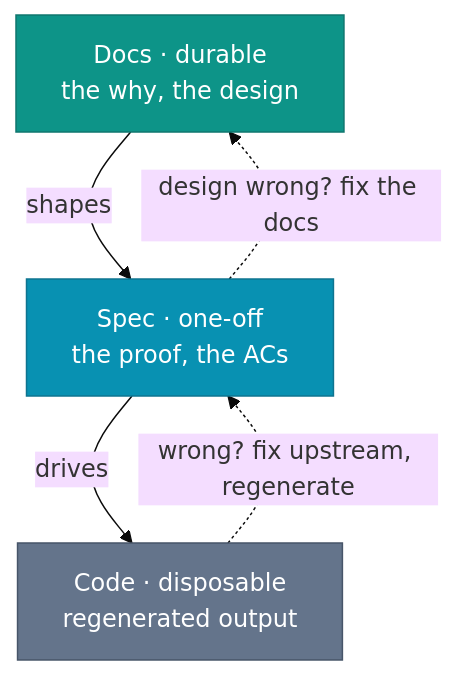
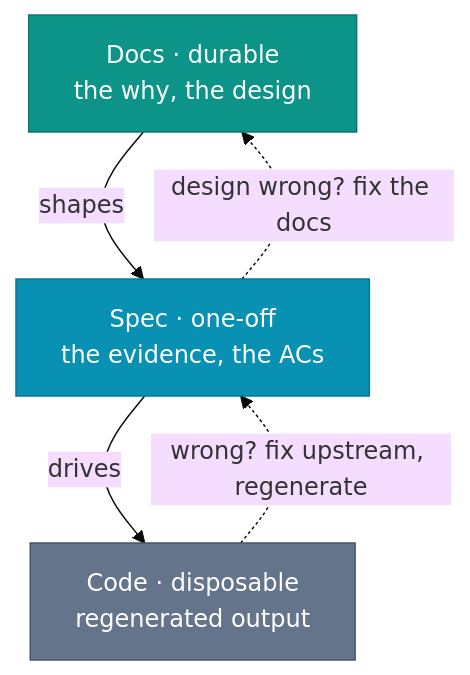
The diagram in content/spec-driven/docs-gt-specs-gt-code.md (ase-book/ase-book), drawn with Mermaid (base theme) before and after one commit. The commit also changed other lines of this file and 49 other files, not shown here.

Commit message:
Replace proof terminology with evidence

````diff
--- a/content/spec-driven/docs-gt-specs-gt-code.md
+++ b/content/spec-driven/docs-gt-specs-gt-code.md
@@ -25,14 +25,14 @@
 ```mermaid
 graph TD
     classDef durable fill: #0d9488, stroke: #0f766e, color: #fff
     classDef oneoff fill: #0891b2, stroke: #0e7490, color: #fff
     classDef output fill: #64748b, stroke: #475569, color: #fff
     D["Docs · durable<br>the why, the design"]:::durable
-    S["Spec · one-off<br>the proof, the ACs"]:::oneoff
+    S["Spec · one-off<br>the evidence, the ACs"]:::oneoff
     C["Code · disposable<br>regenerated output"]:::output
 
     D -->|shapes|S
     S -->|drives|C
     C -. wrong? fix upstream, regenerate .-> S
     S -. design wrong? fix the docs .-> D
 ```
````
